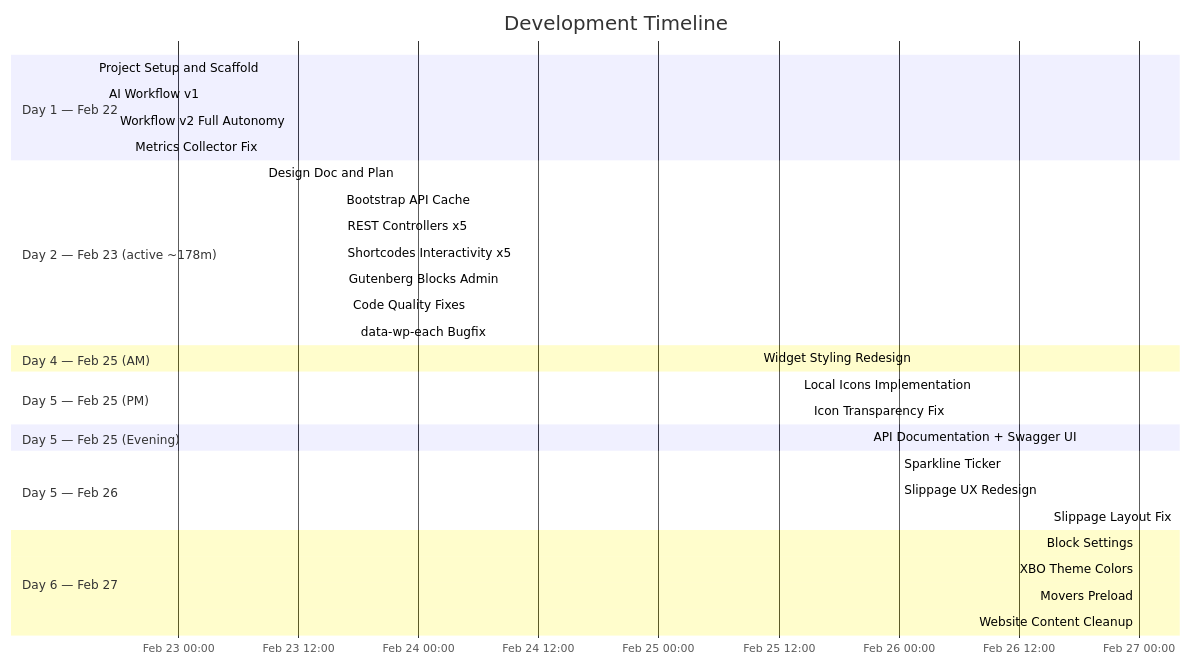
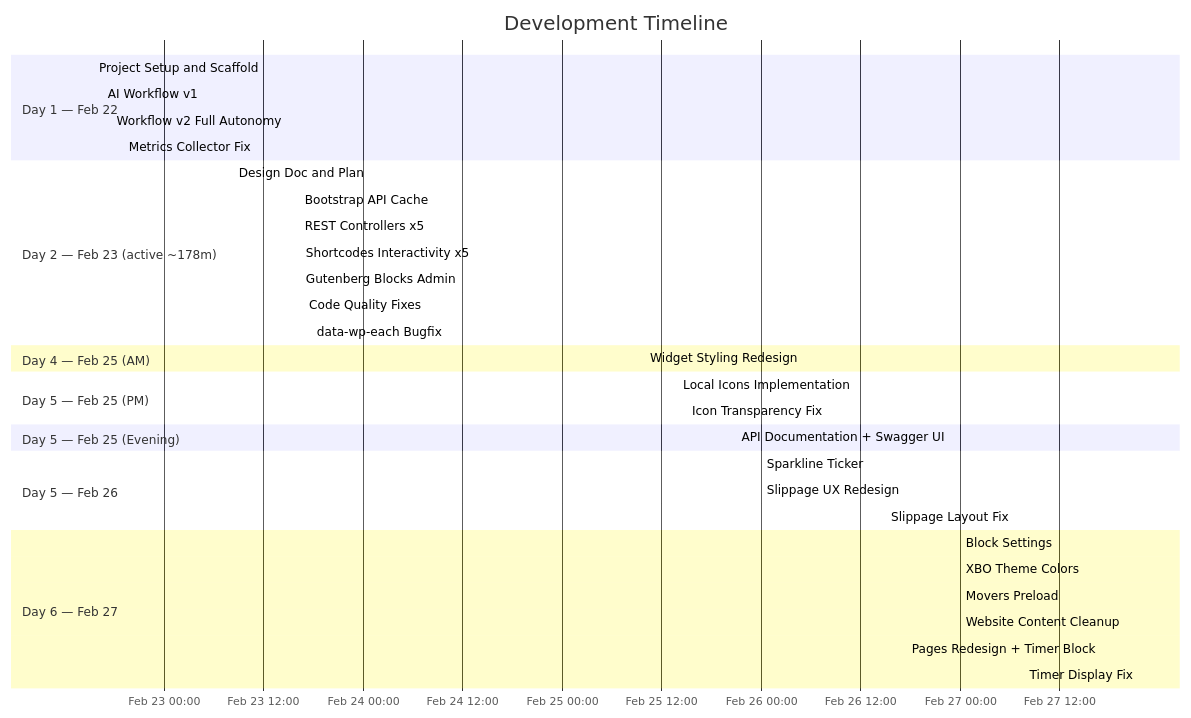
The third of 7 diagrams in README.md (atlantdak/claude-code-hackathon-xbo-market-kit), drawn with Mermaid before and after one commit. The commit also changed other lines of this file and 4 other files, not shown here.

````diff
--- a/README.md
+++ b/README.md
@@ -93,35 +95,37 @@
 ```mermaid
 gantt
     title Development Timeline
     dateFormat YYYY-MM-DD HH:mm
     axisFormat %b %d %H:%M
     section Day 1 — Feb 22
     Project Setup and Scaffold   :done, setup, 2026-02-22 15:33, 62min
     AI Workflow v1               :done, wf1, 2026-02-22 16:35, 66min
     Workflow v2 Full Autonomy    :done, wf2, 2026-02-22 17:41, 90min
     Metrics Collector Fix        :done, fix, 2026-02-22 19:11, 18min
     section Day 2 — Feb 23 (active ~178m)
     Design Doc and Plan          :done, plan, 2026-02-23 08:26, 128min
     Bootstrap API Cache          :done, core, 2026-02-23 16:18, 5min
     REST Controllers x5          :done, rest, 2026-02-23 16:22, 4min
     Shortcodes Interactivity x5  :done, sc, 2026-02-23 16:26, 5min
     Gutenberg Blocks Admin       :done, blk, 2026-02-23 16:31, 23min
     Code Quality Fixes           :done, qa, 2026-02-23 16:54, 52min
     data-wp-each Bugfix          :done, bugfix, 2026-02-23 17:46, 1min
     section Day 4 — Feb 25 (AM)
     Widget Styling Redesign    :done, style, 2026-02-25 10:00, 34min
     section Day 5 — Feb 25 (PM)
     Local Icons Implementation :done, icons, 2026-02-25 14:00, 53min
     Icon Transparency Fix      :done, iconfix, 2026-02-25 15:00, 5min
     section Day 5 — Feb 25 (Evening)
     API Documentation + Swagger UI :done, apidocs, 2026-02-25 21:00, 70min
     section Day 5 — Feb 26
     Sparkline Ticker              :done, sparkline, 2026-02-26 00:00, 60min
     Slippage UX Redesign          :done, slippage, 2026-02-26 00:00, 60min
     Slippage Layout Fix           :done, slipfix, 2026-02-26 15:00, 30min
     section Day 6 — Feb 27
     Block Settings                :done, blocksettings, 2026-02-27 00:00, 55min
     XBO Theme Colors             :done, xbotheme, 2026-02-27 00:00, 15min
     Movers Preload               :done, preload, 2026-02-27 00:00, 15min
     Website Content Cleanup      :done, content, 2026-02-27 00:00, 20min
+    Pages Redesign + Timer Block :done, pages, 2026-02-27 17:00, 250min
+    Timer Display Fix            :done, timerfix, 2026-02-27 21:30, 5min
 ```
````
